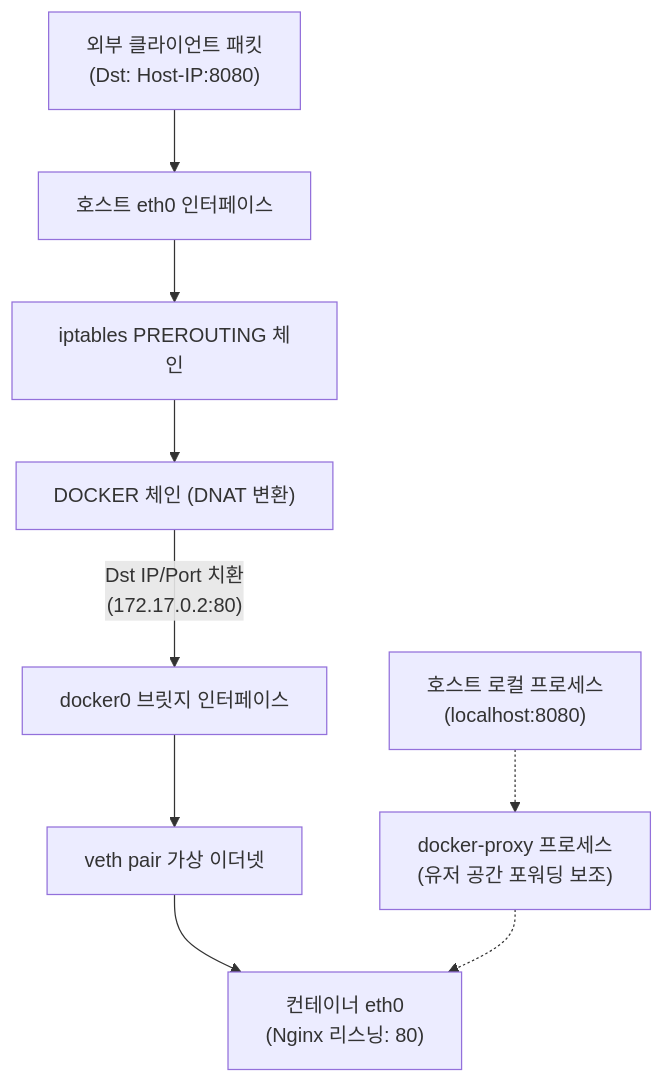
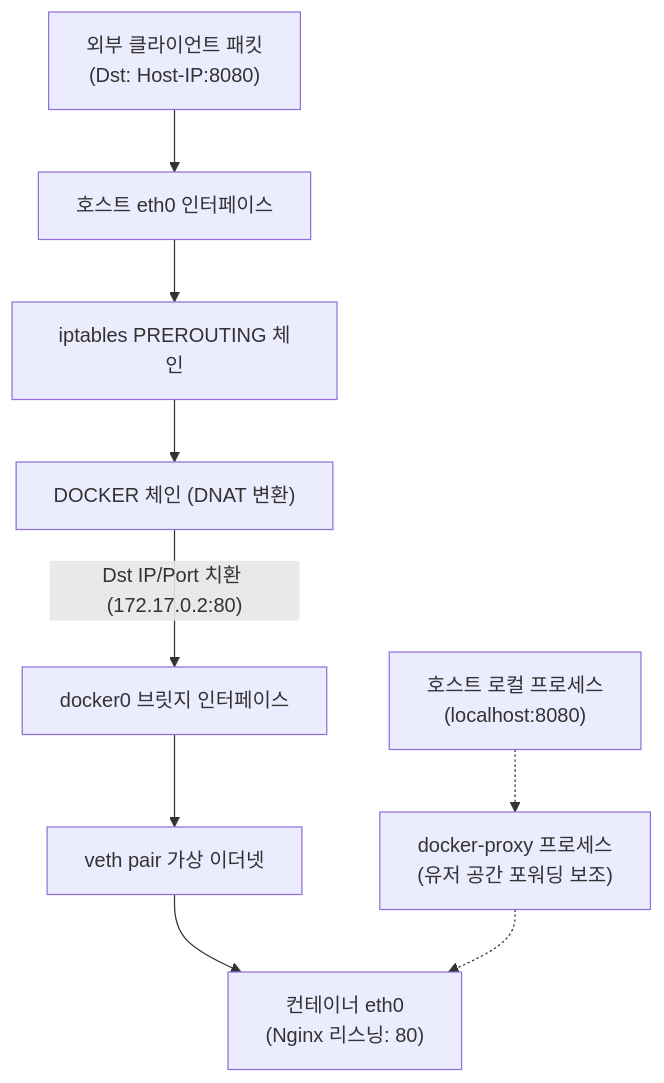
Before and after one commit to cmsong111/blog: the first of 2 diagrams in _posts/Docker/Network/2026-06-07-docker-port-mapping-expose-host-network.md, drawn with Mermaid. The commit also changed other lines of this file and 96 other files, not shown here.

````diff
--- a/_posts/Docker/Network/2026-06-07-docker-port-mapping-expose-host-network.md
+++ b/_posts/Docker/Network/2026-06-07-docker-port-mapping-expose-host-network.md
@@ -79,12 +79,11 @@
 ```mermaid
 flowchart TD
     Client["외부 클라이언트 패킷<br/>(Dst: Host-IP:8080)"] --> Eth0["호스트 eth0 인터페이스"]
     Eth0 --> PREROUTING["iptables PREROUTING 체인"]
     PREROUTING --> DOCKER_CHAIN["DOCKER 체인 (DNAT 변환)"]
-    DOCKER_CHAIN -->|"Dst IP/Port 치환<br/>(172.17.0.2:80)"| Docker0["docker0 브릿지 인터페이스"]
+    DOCKER_CHAIN -->|"Dst IP/Port 치환 (172.17.0.2:80)"| Docker0["docker0 브릿지 인터페이스"]
     Docker0 --> Veth["veth pair 가상 이더넷"]
     Veth --> Container["컨테이너 eth0<br/>(Nginx 리스닝: 80)"]
-
     LocalClient["호스트 로컬 프로세스<br/>(localhost:8080)"] -.-> DockerProxy["docker-proxy 프로세스<br/>(유저 공간 포워딩 보조)"]
     DockerProxy -.-> Container
 ```
````
